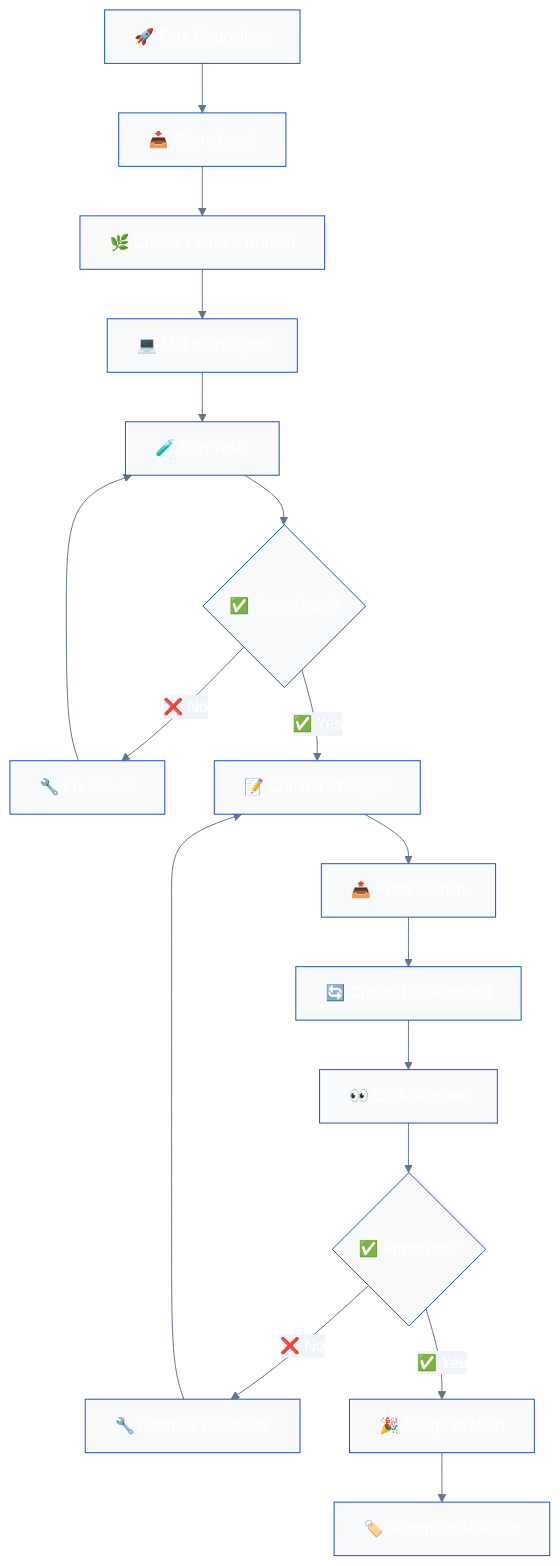
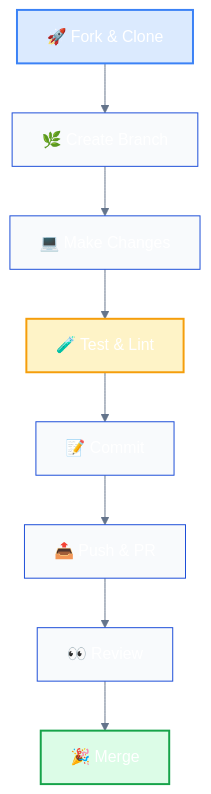
Before and after one commit to alexmarco/ls-tree: the first of 3 diagrams in CONTRIBUTING.md, drawn with Mermaid. The commit also changed other lines of this file, not shown here.

````diff
--- a/CONTRIBUTING.md
+++ b/CONTRIBUTING.md
@@ -119,20 +74,15 @@
 ```mermaid
 %%{init: {'theme':'base', 'themeVariables': { 'primaryColor': '#2563eb', 'primaryTextColor': '#ffffff', 'primaryBorderColor': '#1d4ed8', 'lineColor': '#64748b', 'secondaryColor': '#f1f5f9', 'tertiaryColor': '#e2e8f0', 'background': '#ffffff', 'mainBkg': '#f8fafc', 'secondBkg': '#f1f5f9', 'tertiaryBkg': '#e2e8f8'}}}%%
 graph TD
-    A[🚀 Fork Repository] --> B[📥 Clone Local]
-    B --> C[🌿 Create Feature Branch]
-    C --> D[💻 Make Changes]
-    D --> E[🧪 Run Tests]
-    E --> F{✅ Tests Pass?}
-    F -->|❌ No| G[🔧 Fix Issues]
-    G --> E
-    F -->|✅ Yes| H[📝 Commit Changes]
-    H --> I[📤 Push Branch]
-    I --> J[🔄 Create Pull Request]
-    J --> K[👀 Code Review]
-    K --> L{✅ Approved?}
-    L -->|❌ No| M[🔧 Address Feedback]
-    M --> H
-    L -->|✅ Yes| N[🎉 Merge to Main]
-    N --> O[🏷️ Automatic Release]
+    A[🚀 Fork & Clone] --> B[🌿 Create Branch]
+    B --> C[💻 Make Changes]
+    C --> D[🧪 Test & Lint]
+    D --> E[📝 Commit]
+    E --> F[📤 Push & PR]
+    F --> G[👀 Review]
+    G --> H[🎉 Merge]
+    
+    style A fill:#dbeafe,stroke:#3b82f6,stroke-width:2px
+    style H fill:#dcfce7,stroke:#16a34a,stroke-width:2px
+    style D fill:#fef3c7,stroke:#f59e0b,stroke-width:2px
 ```
````
